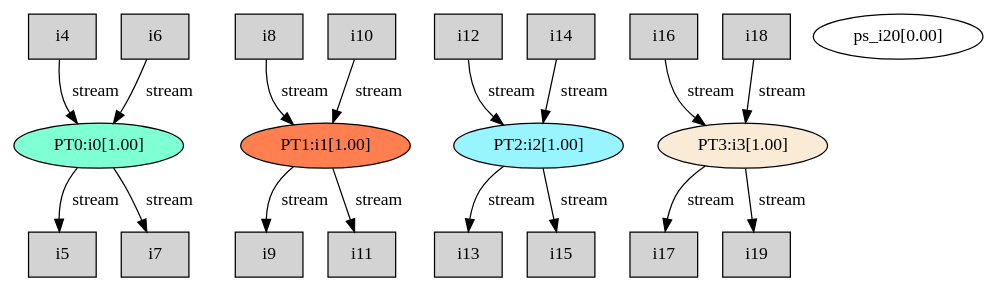
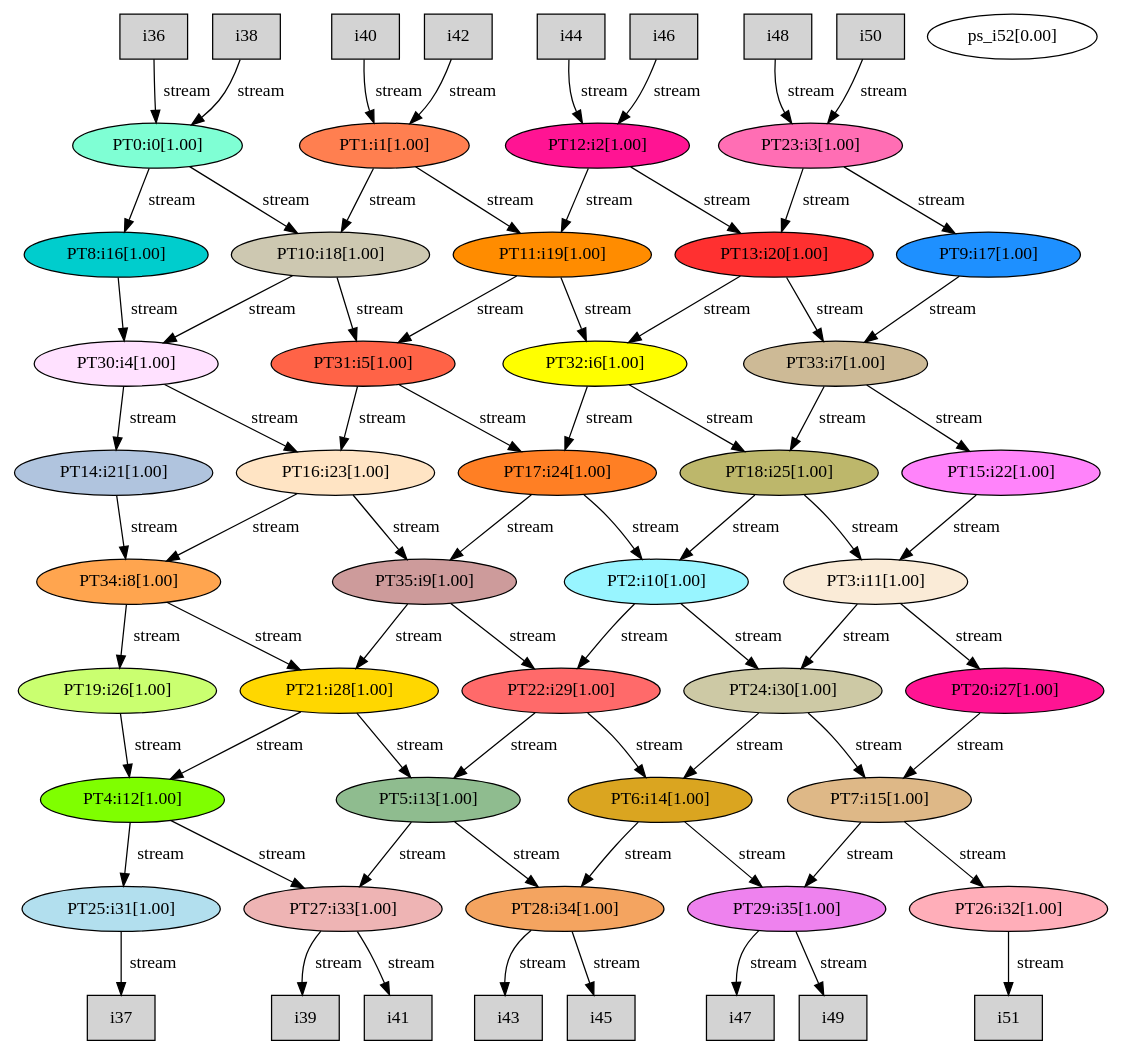
One commit to lxy-littlechai/SVD changed the diagram in Jacobi_AIE_Scalar/Work/reports/TopGraph.dot. Above: the diagram before and after it, drawn with Graphviz. The commit also changed 119 other files, not shown here.

Commit message:
Even Array Graph Done

```diff
--- a/Jacobi_AIE_Scalar/Work/reports/TopGraph.dot
+++ b/Jacobi_AIE_Scalar/Work/reports/TopGraph.dot
@@ -1,39 +1,127 @@
 digraph root {
 "PT0:i0[1.00]" [style=filled, fillcolor=aquamarine];
 "PT1:i1[1.00]" [style=filled, fillcolor=coral];
-"PT2:i2[1.00]" [style=filled, fillcolor=cadetblue1];
-"PT3:i3[1.00]" [style=filled, fillcolor=antiquewhite];
-"i4" [shape=box style=filled, fillcolor=lightgrey];
-"i5" [shape=box style=filled, fillcolor=lightgrey];
-"i6" [shape=box style=filled, fillcolor=lightgrey];
-"i7" [shape=box style=filled, fillcolor=lightgrey];
-"i8" [shape=box style=filled, fillcolor=lightgrey];
-"i9" [shape=box style=filled, fillcolor=lightgrey];
-"i10" [shape=box style=filled, fillcolor=lightgrey];
-"i11" [shape=box style=filled, fillcolor=lightgrey];
-"i12" [shape=box style=filled, fillcolor=lightgrey];
-"i13" [shape=box style=filled, fillcolor=lightgrey];
-"i14" [shape=box style=filled, fillcolor=lightgrey];
-"i15" [shape=box style=filled, fillcolor=lightgrey];
-"i16" [shape=box style=filled, fillcolor=lightgrey];
-"i17" [shape=box style=filled, fillcolor=lightgrey];
-"i18" [shape=box style=filled, fillcolor=lightgrey];
-"i19" [shape=box style=filled, fillcolor=lightgrey];
-"ps_i20[0.00]";
-"i4" -> "PT0:i0[1.00]" [label="stream"];
-"i6" -> "PT0:i0[1.00]" [label="stream"];
-"PT0:i0[1.00]" -> "i5" [label="stream"];
-"PT0:i0[1.00]" -> "i7" [label="stream"];
-"i8" -> "PT1:i1[1.00]" [label="stream"];
-"i10" -> "PT1:i1[1.00]" [label="stream"];
-"PT1:i1[1.00]" -> "i9" [label="stream"];
-"PT1:i1[1.00]" -> "i11" [label="stream"];
-"i12" -> "PT2:i2[1.00]" [label="stream"];
-"i14" -> "PT2:i2[1.00]" [label="stream"];
-"PT2:i2[1.00]" -> "i13" [label="stream"];
-"PT2:i2[1.00]" -> "i15" [label="stream"];
-"i16" -> "PT3:i3[1.00]" [label="stream"];
-"i18" -> "PT3:i3[1.00]" [label="stream"];
-"PT3:i3[1.00]" -> "i17" [label="stream"];
-"PT3:i3[1.00]" -> "i19" [label="stream"];
+"PT12:i2[1.00]" [style=filled, fillcolor=deeppink];
+"PT23:i3[1.00]" [style=filled, fillcolor=hotpink1];
+"PT30:i4[1.00]" [style=filled, fillcolor=thistle1];
+"PT31:i5[1.00]" [style=filled, fillcolor=tomato];
+"PT32:i6[1.00]" [style=filled, fillcolor=yellow];
+"PT33:i7[1.00]" [style=filled, fillcolor=wheat3];
+"PT34:i8[1.00]" [style=filled, fillcolor=tan1];
+"PT35:i9[1.00]" [style=filled, fillcolor=rosybrown3];
+"PT2:i10[1.00]" [style=filled, fillcolor=cadetblue1];
+"PT3:i11[1.00]" [style=filled, fillcolor=antiquewhite];
+"PT4:i12[1.00]" [style=filled, fillcolor=chartreuse];
+"PT5:i13[1.00]" [style=filled, fillcolor=darkseagreen];
+"PT6:i14[1.00]" [style=filled, fillcolor=goldenrod];
+"PT7:i15[1.00]" [style=filled, fillcolor=burlywood];
+"PT8:i16[1.00]" [style=filled, fillcolor=cyan3];
+"PT9:i17[1.00]" [style=filled, fillcolor=dodgerblue];
+"PT10:i18[1.00]" [style=filled, fillcolor=cornsilk3];
+"PT11:i19[1.00]" [style=filled, fillcolor=darkorange];
+"PT13:i20[1.00]" [style=filled, fillcolor=firebrick1];
+"PT14:i21[1.00]" [style=filled, fillcolor=lightsteelblue];
+"PT15:i22[1.00]" [style=filled, fillcolor=orchid1];
+"PT16:i23[1.00]" [style=filled, fillcolor=bisque];
+"PT17:i24[1.00]" [style=filled, fillcolor=chocolate1];
+"PT18:i25[1.00]" [style=filled, fillcolor=darkkhaki];
+"PT19:i26[1.00]" [style=filled, fillcolor=darkolivegreen1];
+"PT20:i27[1.00]" [style=filled, fillcolor=deeppink];
+"PT21:i28[1.00]" [style=filled, fillcolor=gold];
+"PT22:i29[1.00]" [style=filled, fillcolor=indianred1];
+"PT24:i30[1.00]" [style=filled, fillcolor=lemonchiffon3];
+"PT25:i31[1.00]" [style=filled, fillcolor=lightblue2];
+"PT26:i32[1.00]" [style=filled, fillcolor=lightpink1];
+"PT27:i33[1.00]" [style=filled, fillcolor=rosybrown2];
+"PT28:i34[1.00]" [style=filled, fillcolor=sandybrown];
+"PT29:i35[1.00]" [style=filled, fillcolor=violet];
+"i36" [shape=box style=filled, fillcolor=lightgrey];
+"i37" [shape=box style=filled, fillcolor=lightgrey];
+"i38" [shape=box style=filled, fillcolor=lightgrey];
+"i39" [shape=box style=filled, fillcolor=lightgrey];
+"i40" [shape=box style=filled, fillcolor=lightgrey];
+"i41" [shape=box style=filled, fillcolor=lightgrey];
+"i42" [shape=box style=filled, fillcolor=lightgrey];
+"i43" [shape=box style=filled, fillcolor=lightgrey];
+"i44" [shape=box style=filled, fillcolor=lightgrey];
+"i45" [shape=box style=filled, fillcolor=lightgrey];
+"i46" [shape=box style=filled, fillcolor=lightgrey];
+"i47" [shape=box style=filled, fillcolor=lightgrey];
+"i48" [shape=box style=filled, fillcolor=lightgrey];
+"i49" [shape=box style=filled, fillcolor=lightgrey];
+"i50" [shape=box style=filled, fillcolor=lightgrey];
+"i51" [shape=box style=filled, fillcolor=lightgrey];
+"ps_i52[0.00]";
+"i36" -> "PT0:i0[1.00]" [label="stream"];
+"i38" -> "PT0:i0[1.00]" [label="stream"];
+"PT0:i0[1.00]" -> "PT10:i18[1.00]" [label="stream"];
+"PT0:i0[1.00]" -> "PT8:i16[1.00]" [label="stream"];
+"i40" -> "PT1:i1[1.00]" [label="stream"];
+"i42" -> "PT1:i1[1.00]" [label="stream"];
+"PT1:i1[1.00]" -> "PT11:i19[1.00]" [label="stream"];
+"PT1:i1[1.00]" -> "PT10:i18[1.00]" [label="stream"];
+"i44" -> "PT12:i2[1.00]" [label="stream"];
+"i46" -> "PT12:i2[1.00]" [label="stream"];
+"PT12:i2[1.00]" -> "PT13:i20[1.00]" [label="stream"];
+"PT12:i2[1.00]" -> "PT11:i19[1.00]" [label="stream"];
+"i48" -> "PT23:i3[1.00]" [label="stream"];
+"i50" -> "PT23:i3[1.00]" [label="stream"];
+"PT23:i3[1.00]" -> "PT9:i17[1.00]" [label="stream"];
+"PT23:i3[1.00]" -> "PT13:i20[1.00]" [label="stream"];
+"PT8:i16[1.00]" -> "PT30:i4[1.00]" [label="stream"];
+"PT10:i18[1.00]" -> "PT30:i4[1.00]" [label="stream"];
+"PT30:i4[1.00]" -> "PT16:i23[1.00]" [label="stream"];
+"PT30:i4[1.00]" -> "PT14:i21[1.00]" [label="stream"];
+"PT10:i18[1.00]" -> "PT31:i5[1.00]" [label="stream"];
+"PT11:i19[1.00]" -> "PT31:i5[1.00]" [label="stream"];
+"PT31:i5[1.00]" -> "PT17:i24[1.00]" [label="stream"];
+"PT31:i5[1.00]" -> "PT16:i23[1.00]" [label="stream"];
+"PT11:i19[1.00]" -> "PT32:i6[1.00]" [label="stream"];
+"PT13:i20[1.00]" -> "PT32:i6[1.00]" [label="stream"];
+"PT32:i6[1.00]" -> "PT18:i25[1.00]" [label="stream"];
+"PT32:i6[1.00]" -> "PT17:i24[1.00]" [label="stream"];
+"PT13:i20[1.00]" -> "PT33:i7[1.00]" [label="stream"];
+"PT9:i17[1.00]" -> "PT33:i7[1.00]" [label="stream"];
+"PT33:i7[1.00]" -> "PT15:i22[1.00]" [label="stream"];
+"PT33:i7[1.00]" -> "PT18:i25[1.00]" [label="stream"];
+"PT14:i21[1.00]" -> "PT34:i8[1.00]" [label="stream"];
+"PT16:i23[1.00]" -> "PT34:i8[1.00]" [label="stream"];
+"PT34:i8[1.00]" -> "PT21:i28[1.00]" [label="stream"];
+"PT34:i8[1.00]" -> "PT19:i26[1.00]" [label="stream"];
+"PT16:i23[1.00]" -> "PT35:i9[1.00]" [label="stream"];
+"PT17:i24[1.00]" -> "PT35:i9[1.00]" [label="stream"];
+"PT35:i9[1.00]" -> "PT22:i29[1.00]" [label="stream"];
+"PT35:i9[1.00]" -> "PT21:i28[1.00]" [label="stream"];
+"PT17:i24[1.00]" -> "PT2:i10[1.00]" [label="stream"];
+"PT18:i25[1.00]" -> "PT2:i10[1.00]" [label="stream"];
+"PT2:i10[1.00]" -> "PT24:i30[1.00]" [label="stream"];
+"PT2:i10[1.00]" -> "PT22:i29[1.00]" [label="stream"];
+"PT18:i25[1.00]" -> "PT3:i11[1.00]" [label="stream"];
+"PT15:i22[1.00]" -> "PT3:i11[1.00]" [label="stream"];
+"PT3:i11[1.00]" -> "PT20:i27[1.00]" [label="stream"];
+"PT3:i11[1.00]" -> "PT24:i30[1.00]" [label="stream"];
+"PT19:i26[1.00]" -> "PT4:i12[1.00]" [label="stream"];
+"PT21:i28[1.00]" -> "PT4:i12[1.00]" [label="stream"];
+"PT4:i12[1.00]" -> "PT27:i33[1.00]" [label="stream"];
+"PT4:i12[1.00]" -> "PT25:i31[1.00]" [label="stream"];
+"PT21:i28[1.00]" -> "PT5:i13[1.00]" [label="stream"];
+"PT22:i29[1.00]" -> "PT5:i13[1.00]" [label="stream"];
+"PT5:i13[1.00]" -> "PT28:i34[1.00]" [label="stream"];
+"PT5:i13[1.00]" -> "PT27:i33[1.00]" [label="stream"];
+"PT22:i29[1.00]" -> "PT6:i14[1.00]" [label="stream"];
+"PT24:i30[1.00]" -> "PT6:i14[1.00]" [label="stream"];
+"PT6:i14[1.00]" -> "PT29:i35[1.00]" [label="stream"];
+"PT6:i14[1.00]" -> "PT28:i34[1.00]" [label="stream"];
+"PT24:i30[1.00]" -> "PT7:i15[1.00]" [label="stream"];
+"PT20:i27[1.00]" -> "PT7:i15[1.00]" [label="stream"];
+"PT7:i15[1.00]" -> "PT26:i32[1.00]" [label="stream"];
+"PT7:i15[1.00]" -> "PT29:i35[1.00]" [label="stream"];
+"PT25:i31[1.00]" -> "i37" [label="stream"];
+"PT26:i32[1.00]" -> "i51" [label="stream"];
+"PT27:i33[1.00]" -> "i39" [label="stream"];
+"PT27:i33[1.00]" -> "i41" [label="stream"];
+"PT28:i34[1.00]" -> "i43" [label="stream"];
+"PT28:i34[1.00]" -> "i45" [label="stream"];
+"PT29:i35[1.00]" -> "i47" [label="stream"];
+"PT29:i35[1.00]" -> "i49" [label="stream"];
 }
```
